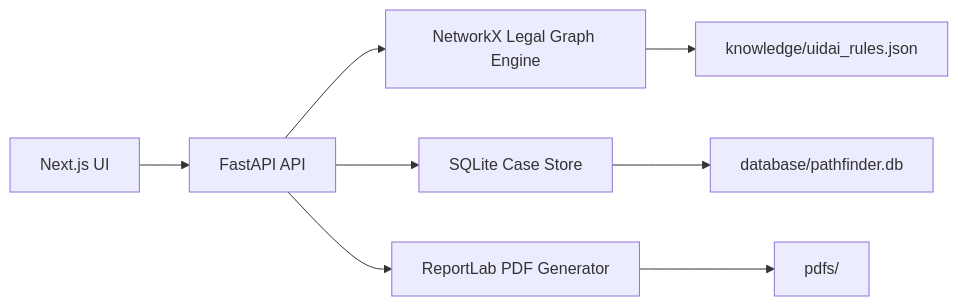
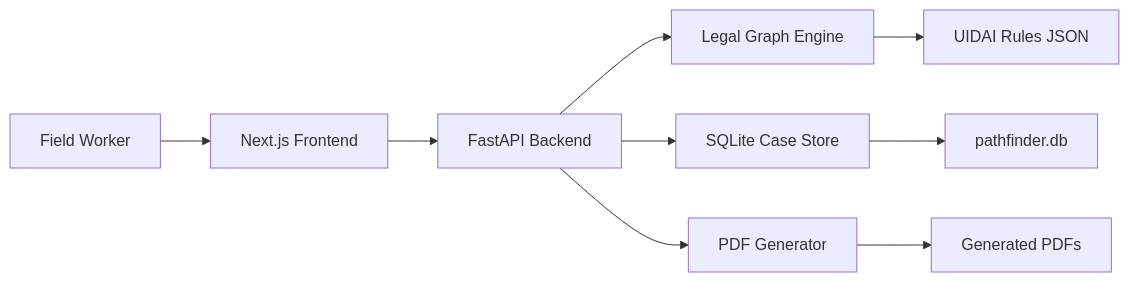
Before and after one commit to Devansh-Bansal-AI/pathfinder-aadhaar-inclusion: the diagram in README.md, drawn with Mermaid. The commit also changed other lines of this file, not shown here.

Commit message:
feat: complete modern SaaS UI, bilingual support (EN/HI), and Neon database migration

````diff
--- a/README.md
+++ b/README.md
@@ -63,10 +129,11 @@
 ```mermaid
 flowchart LR
-  Frontend["Next.js UI"] --> API["FastAPI API"]
-  API --> Engine["NetworkX Legal Graph Engine"]
+  Worker["Field Worker"] --> Frontend["Next.js Frontend"]
+  Frontend --> API["FastAPI Backend"]
+  API --> Engine["Legal Graph Engine"]
   API --> Store["SQLite Case Store"]
-  API --> PDF["ReportLab PDF Generator"]
-  Engine --> Rules["knowledge/uidai_rules.json"]
-  PDF --> Files["pdfs/"]
-  Store --> DB["database/pathfinder.db"]
+  API --> PDF["PDF Generator"]
+  Engine --> Rules["UIDAI Rules JSON"]
+  Store --> DB["pathfinder.db"]
+  PDF --> Files["Generated PDFs"]
 ```
````
